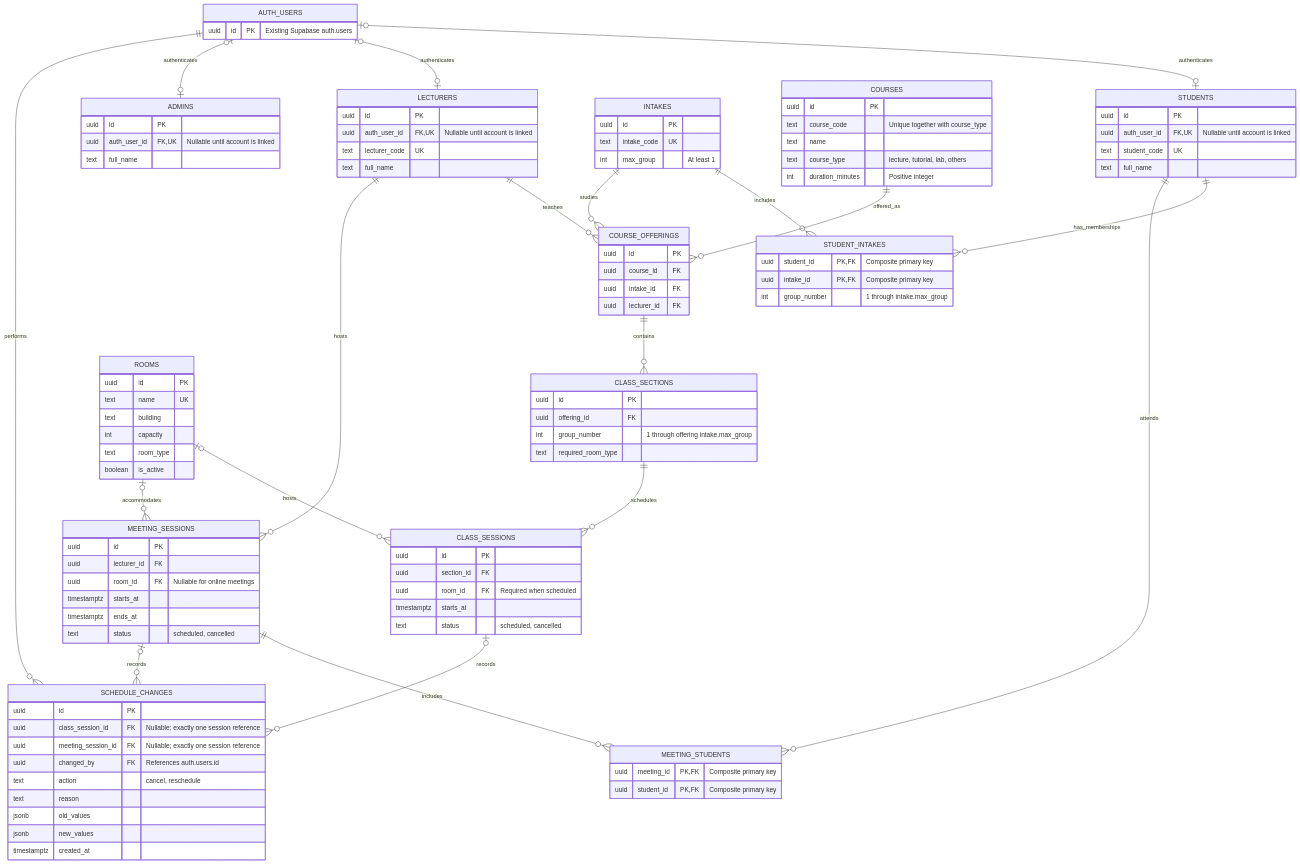
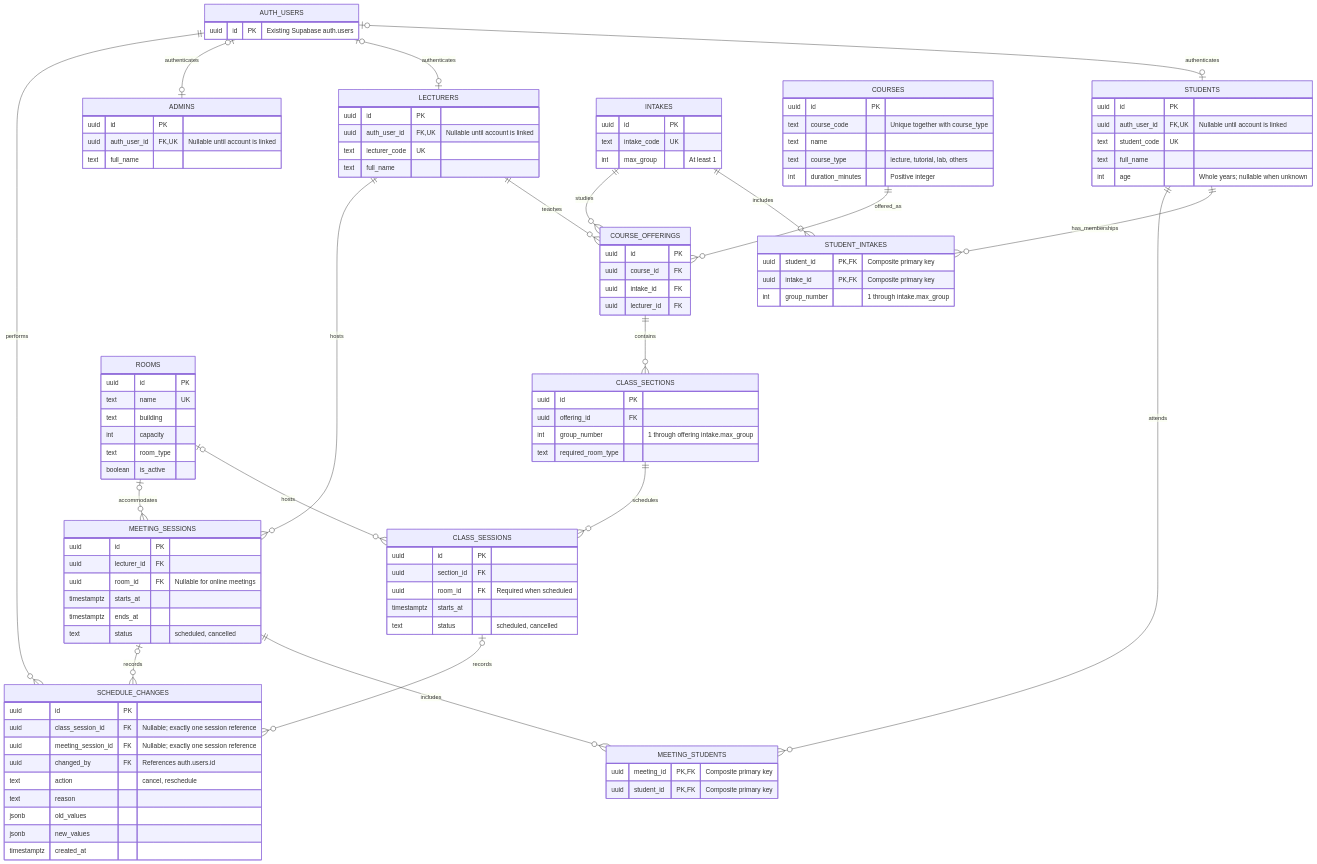
The diagram in ERD.md (HaydenCocoa/Hackathon-67-hairloss-SClass), drawn with Mermaid before and after one commit. The commit also changed other lines of this file and 11 other files, not shown here.

```diff
--- a/ERD.md
+++ b/ERD.md
@@ -21,6 +21,7 @@
         uuid auth_user_id FK, UK "Nullable until account is linked"
         text student_code UK
         text full_name
+        int age "Whole years; nullable when unknown"
     }
     STUDENT_INTAKES {
         uuid student_id PK, FK "Composite primary key"
```
